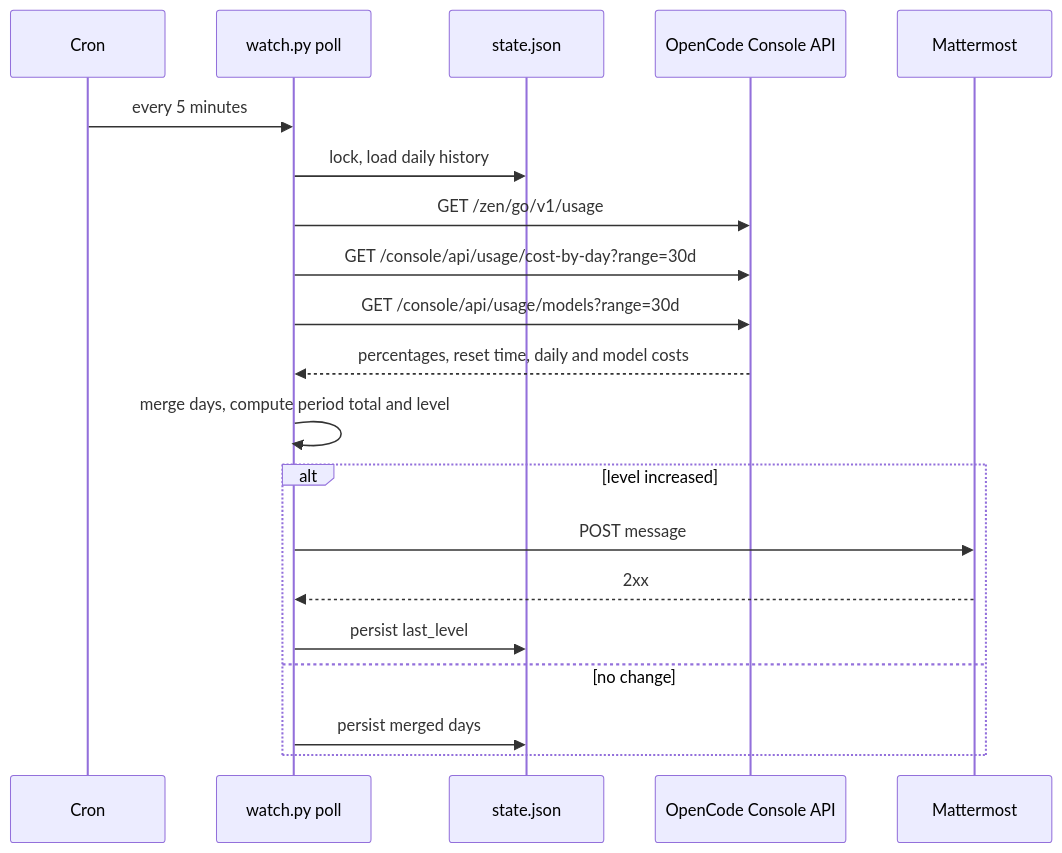
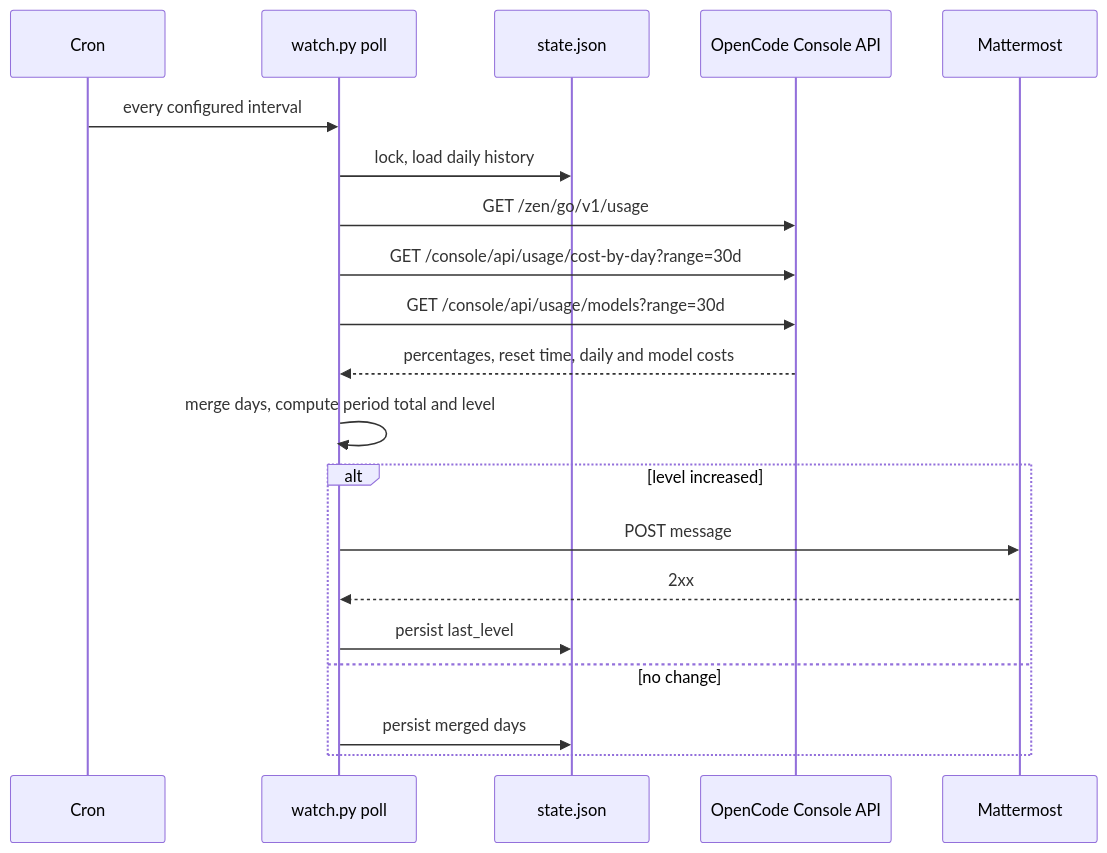
The diagram in docs/architecture.md (cusae/opencode-spend-watch), drawn with Mermaid before and after one commit. The commit also changed 7 other files, not shown here.

First line of the commit message:
feat: make the cron interval configurable

````diff
--- a/docs/architecture.md
+++ b/docs/architecture.md
@@ -26,23 +26,23 @@
 ```mermaid
 sequenceDiagram
     participant Cron
     participant Watch as watch.py poll
     participant State as state.json
     participant Console as OpenCode Console API
     participant MM as Mattermost
 
-    Cron->>Watch: every 5 minutes
+    Cron->>Watch: every configured interval
     Watch->>State: lock, load daily history
     Watch->>Console: GET /zen/go/v1/usage
     Watch->>Console: GET /console/api/usage/cost-by-day?range=30d
     Watch->>Console: GET /console/api/usage/models?range=30d
     Console-->>Watch: percentages, reset time, daily and model costs
     Watch->>Watch: merge days, compute period total and level
     alt level increased
         Watch->>MM: POST message
         MM-->>Watch: 2xx
         Watch->>State: persist last_level
     else no change
         Watch->>State: persist merged days
     end
 ```
````
